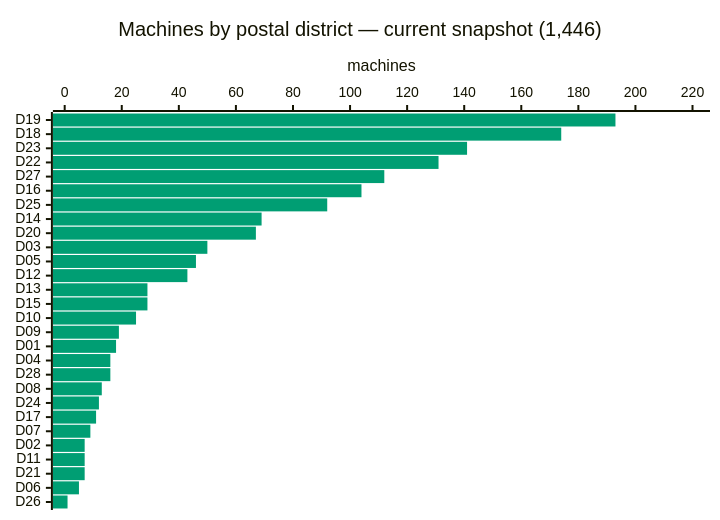
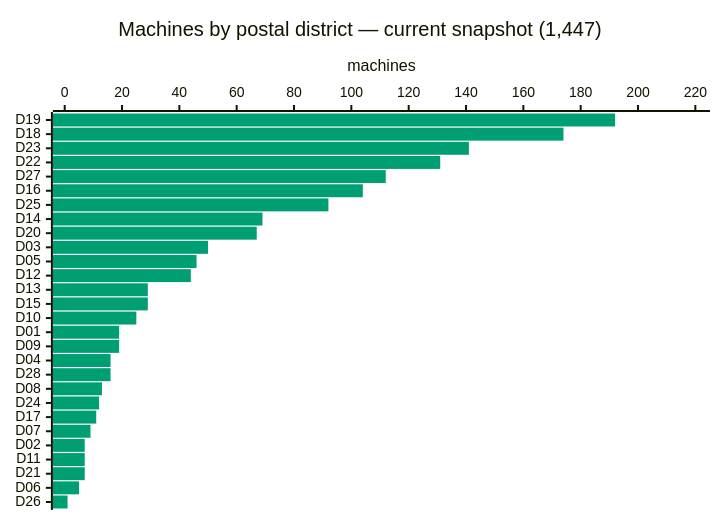
The third of 5 diagrams in ANALYSIS.md (cheeaun/returnright-data), drawn with Mermaid before and after one commit. The commit also changed other lines of this file and 4 other files, not shown here.

````diff
--- a/ANALYSIS.md
+++ b/ANALYSIS.md
@@ -92,16 +88,16 @@
 ```mermaid
 ---
 config:
   themeVariables:
     xyChart:
       plotColorPalette: "#009E73"
   xyChart:
     chartOrientation: "horizontal"
     plotReservedSpacePercent: 40
 ---
 xychart-beta
-    title "Machines by postal district — current snapshot (1,446)"
-    x-axis ["D19", "D18", "D23", "D22", "D27", "D16", "D25", "D14", "D20", "D03", "D05", "D12", "D13", "D15", "D10", "D09", "D01", "D04", "D28", "D08", "D24", "D17", "D07", "D02", "D11", "D21", "D06", "D26"]
-    y-axis "machines" 0 --> 222
-    bar [193, 174, 141, 131, 112, 104, 92, 69, 67, 50, 46, 43, 29, 29, 25, 19, 18, 16, 16, 13, 12, 11, 9, 7, 7, 7, 5, 1]
+    title "Machines by postal district — current snapshot (1,447)"
+    x-axis ["D19", "D18", "D23", "D22", "D27", "D16", "D25", "D14", "D20", "D03", "D05", "D12", "D13", "D15", "D10", "D01", "D09", "D04", "D28", "D08", "D24", "D17", "D07", "D02", "D11", "D21", "D06", "D26"]
+    y-axis "machines" 0 --> 221
+    bar [192, 174, 141, 131, 112, 104, 92, 69, 67, 50, 46, 44, 29, 29, 25, 19, 19, 16, 16, 13, 12, 11, 9, 7, 7, 7, 5, 1]
 ```
````
